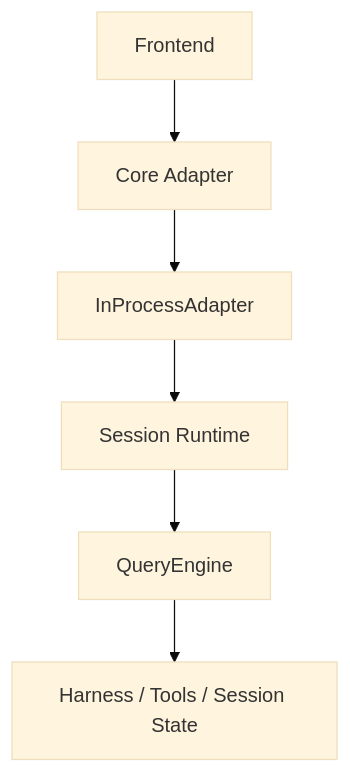
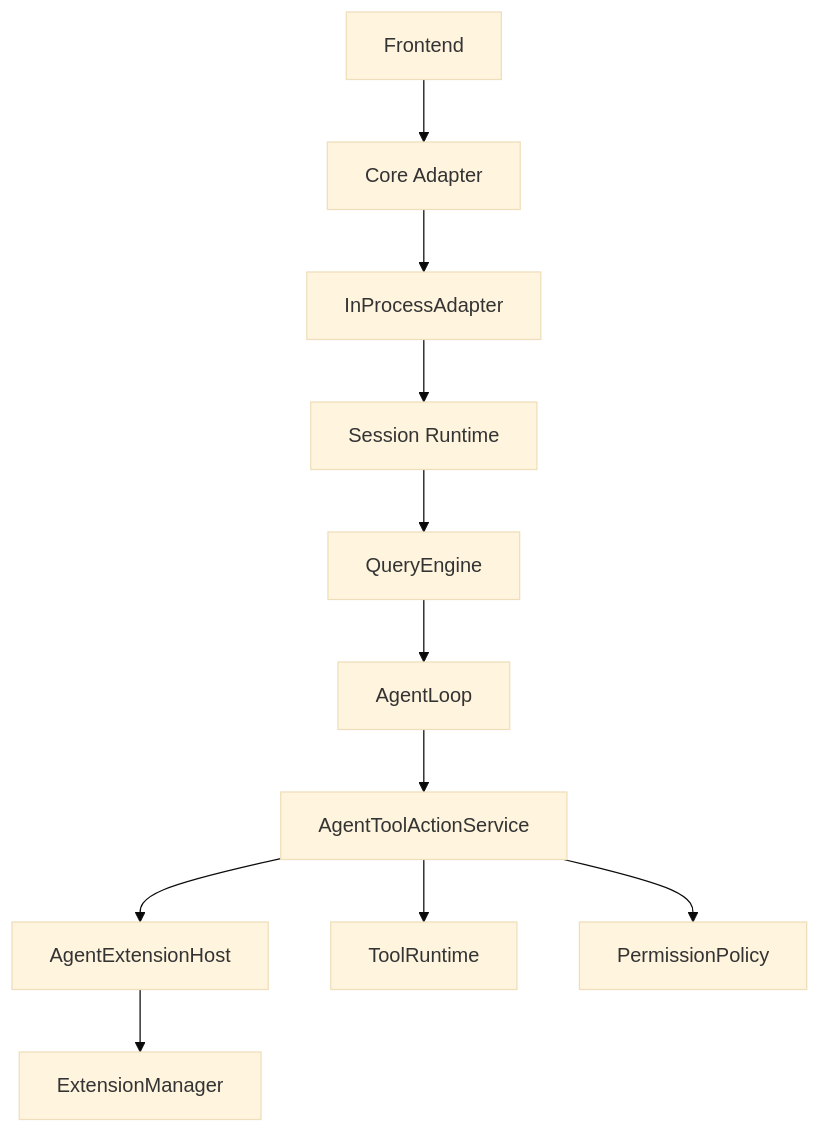
The diagram in docs/modules/agent-core.md (czh869452912/ccode-win7), drawn with Mermaid (base theme) before and after one commit. The commit also changed other lines of this file and 6 other files, not shown here.

````diff
--- a/docs/modules/agent-core.md
+++ b/docs/modules/agent-core.md
@@ -53,8 +60,13 @@
 ```mermaid
 flowchart TD
     A["Frontend"] --> B["Core Adapter"]
     B --> C["InProcessAdapter"]
     C --> D["Session Runtime"]
     D --> E["QueryEngine"]
-    E --> F["Harness / Tools / Session State"]
+    E --> F["AgentLoop"]
+    F --> G["AgentToolActionService"]
+    G --> H["AgentExtensionHost"]
+    G --> I["ToolRuntime"]
+    G --> J["PermissionPolicy"]
+    H --> K["ExtensionManager"]
 ```
````
